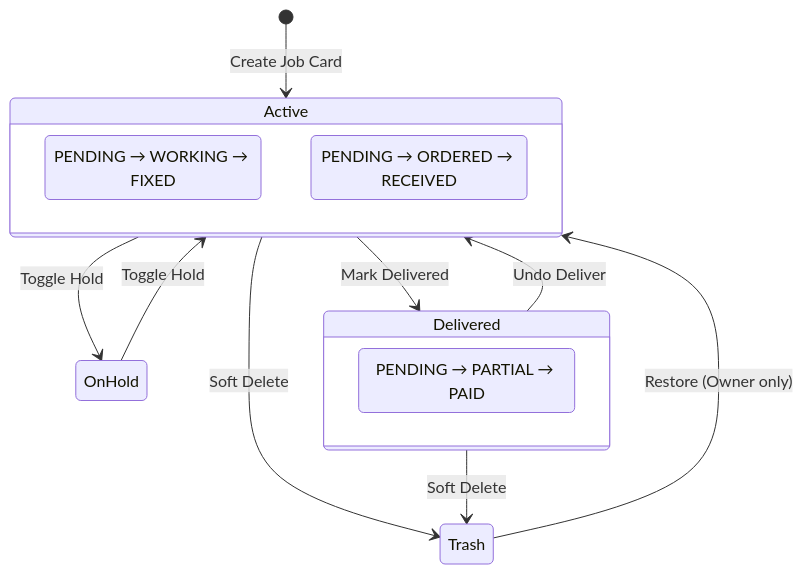
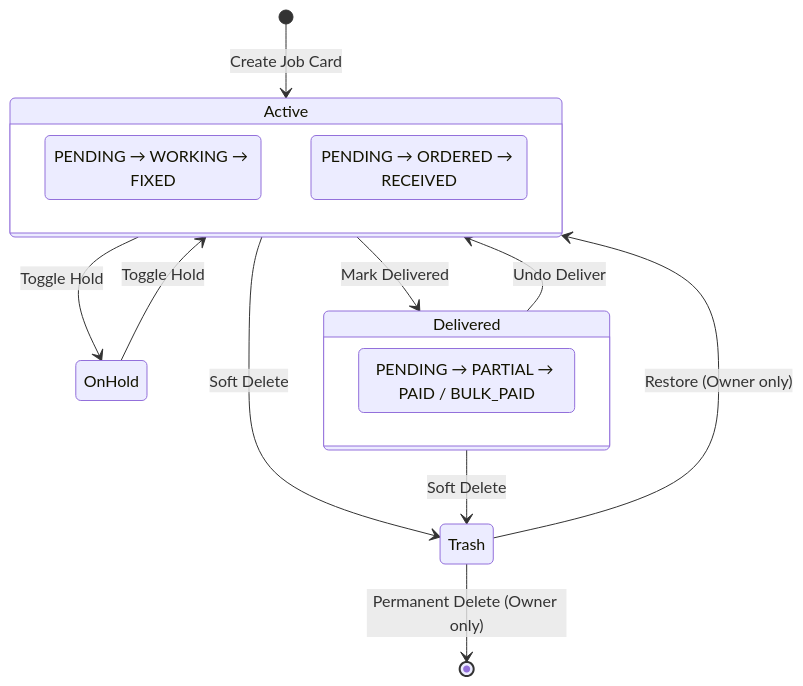
The fifth of 6 diagrams in MASTER_BLUEPRINT.md (Irshaduu/WorkshopOS), drawn with Mermaid before and after one commit. The commit also changed other lines of this file and 6 other files, not shown here.

````diff
--- a/MASTER_BLUEPRINT.md
+++ b/MASTER_BLUEPRINT.md
@@ -285,20 +304,21 @@
 ```mermaid
 stateDiagram-v2
     [*] --> Active: Create Job Card
     Active --> OnHold: Toggle Hold
     OnHold --> Active: Toggle Hold
     Active --> Delivered: Mark Delivered
     Delivered --> Active: Undo Deliver
     Active --> Trash: Soft Delete
     Delivered --> Trash: Soft Delete
     Trash --> Active: Restore (Owner only)
+    Trash --> [*]: Permanent Delete (Owner only)
 
     state Active {
         Concerns: PENDING → WORKING → FIXED
         Spares: PENDING → ORDERED → RECEIVED
     }
 
     state Delivered {
-        Payment: PENDING → PARTIAL → PAID
+        Payment: PENDING → PARTIAL → PAID / BULK_PAID
     }
 ```
````
